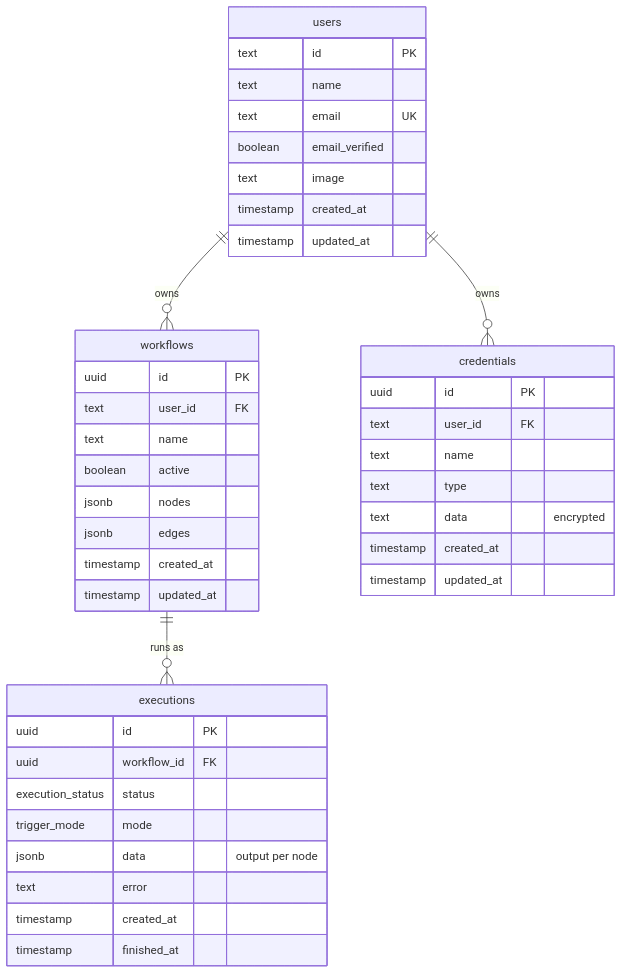
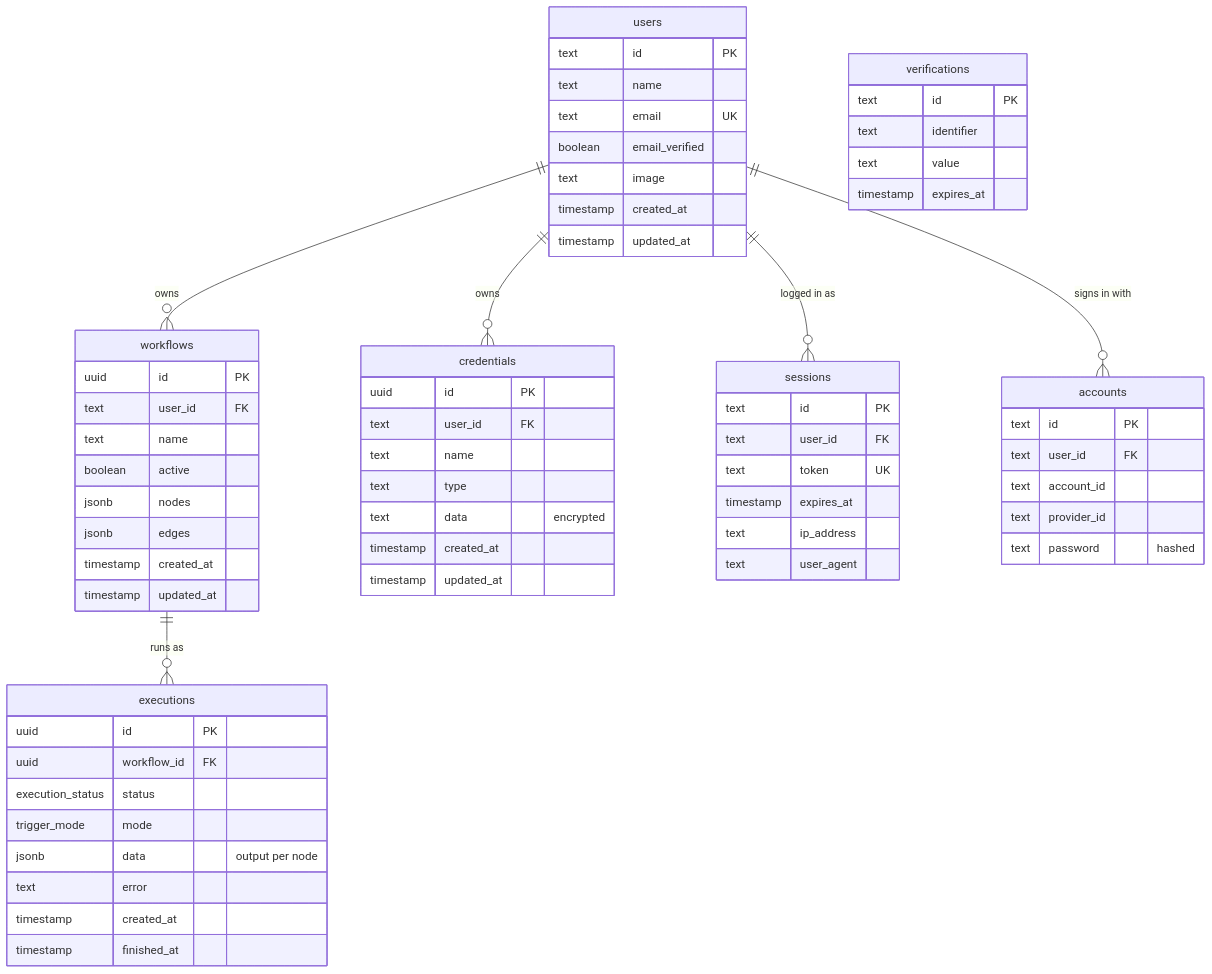
One commit to samchinmaya/n8n changed the diagram in README.md. Above: the diagram before and after it, drawn with Mermaid. The commit also changed other lines of this file, not shown here.

````diff
--- a/README.md
+++ b/README.md
@@ -47,45 +47,68 @@
 ```mermaid
 erDiagram
     users ||--o{ workflows : owns
     users ||--o{ credentials : owns
+    users ||--o{ sessions : "logged in as"
+    users ||--o{ accounts : "signs in with"
     workflows ||--o{ executions : "runs as"
 
     users {
         text id PK
         text name
         text email UK
         boolean email_verified
         text image
         timestamp created_at
         timestamp updated_at
     }
     workflows {
         uuid id PK
         text user_id FK
         text name
         boolean active
         jsonb nodes
         jsonb edges
         timestamp created_at
         timestamp updated_at
     }
     credentials {
         uuid id PK
         text user_id FK
         text name
         text type
         text data "encrypted"
         timestamp created_at
         timestamp updated_at
     }
     executions {
         uuid id PK
         uuid workflow_id FK
         execution_status status
         trigger_mode mode
         jsonb data "output per node"
         text error
         timestamp created_at
         timestamp finished_at
     }
+    sessions {
+        text id PK
+        text user_id FK
+        text token UK
+        timestamp expires_at
+        text ip_address
+        text user_agent
+    }
+    accounts {
+        text id PK
+        text user_id FK
+        text account_id
+        text provider_id
+        text password "hashed"
+    }
+    verifications {
+        text id PK
+        text identifier
+        text value
+        timestamp expires_at
+    }
 ```
````
